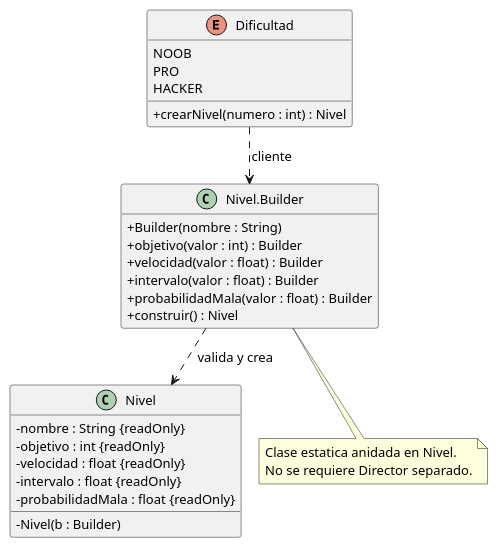
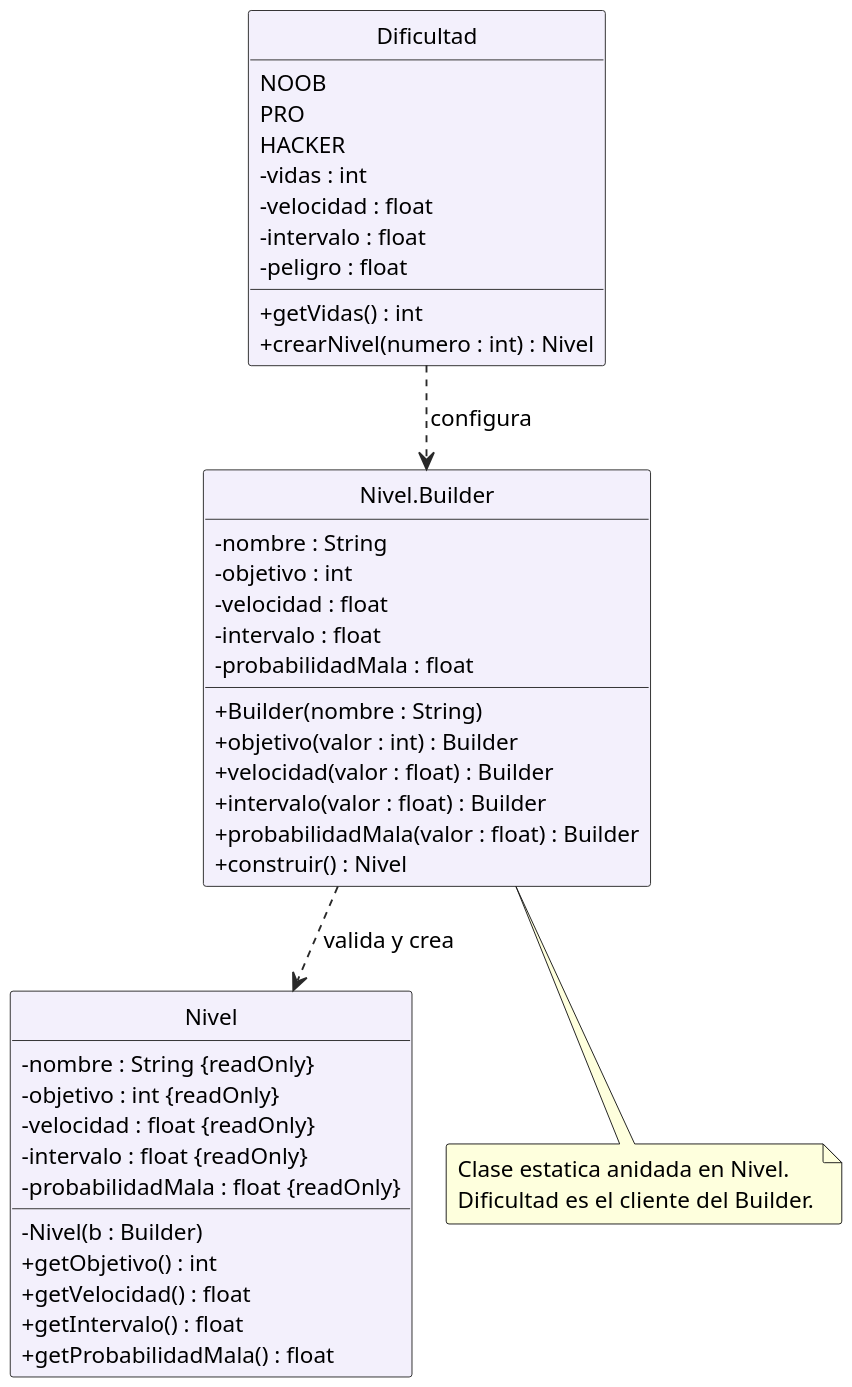
One commit to maverick1006/Proyecto-Game-LLuvia- changed the fifth of 5 diagrams in docs/REPORTE.md. Above: the diagram before and after it, drawn with PlantUML. The commit also changed other lines of this file and 38 other files, not shown here.

Commit message:
Revisa pauta y documentos del equipo con UML detallados y guias de apertura

````diff
--- a/docs/REPORTE.md
+++ b/docs/REPORTE.md
@@ -436,39 +546,62 @@
 ```plantuml
 @startuml
 !pragma layout smetana
 skinparam backgroundColor white
 skinparam shadowing false
 skinparam classAttributeIconSize 0
-skinparam defaultFontName SansSerif
-skinparam defaultFontSize 13
-hide empty members
+skinparam defaultFontName Courier New
+skinparam defaultFontSize 12
+skinparam dpi 180
+skinparam roundcorner 3
+skinparam ArrowColor #292929
+skinparam classBorderColor #292929
+skinparam classBackgroundColor #F3F0FC
+skinparam classBackgroundColor<<abstracta>> #FFFCEB
+skinparam classBackgroundColor<<interfaz>> #F0FAF0
+skinparam classBackgroundColor<<LibGDX>> #EAF3FB
+hide circle
 class Nivel {
  - nombre : String {readOnly}
  - objetivo : int {readOnly}
  - velocidad : float {readOnly}
  - intervalo : float {readOnly}
  - probabilidadMala : float {readOnly}
  - Nivel(b : Builder)
+ + getObjetivo() : int
+ + getVelocidad() : float
+ + getIntervalo() : float
+ + getProbabilidadMala() : float
 }
 class "Nivel.Builder" as Builder {
+ - nombre : String
+ - objetivo : int
+ - velocidad : float
+ - intervalo : float
+ - probabilidadMala : float
  + Builder(nombre : String)
  + objetivo(valor : int) : Builder
  + velocidad(valor : float) : Builder
  + intervalo(valor : float) : Builder
  + probabilidadMala(valor : float) : Builder
  + construir() : Nivel
 }
 enum Dificultad {
  NOOB
  PRO
  HACKER
+ - vidas : int
+ - velocidad : float
+ - intervalo : float
+ - peligro : float
+ + getVidas() : int
  + crearNivel(numero : int) : Nivel
 }
-Dificultad ..> Builder : cliente
+Dificultad ..> Builder : configura
 Builder ..> Nivel : valida y crea
 note bottom of Builder
 Clase estatica anidada en Nivel.
-No se requiere Director separado.
+Dificultad es el cliente del Builder.
 end note
+
 @enduml
 ```
````
